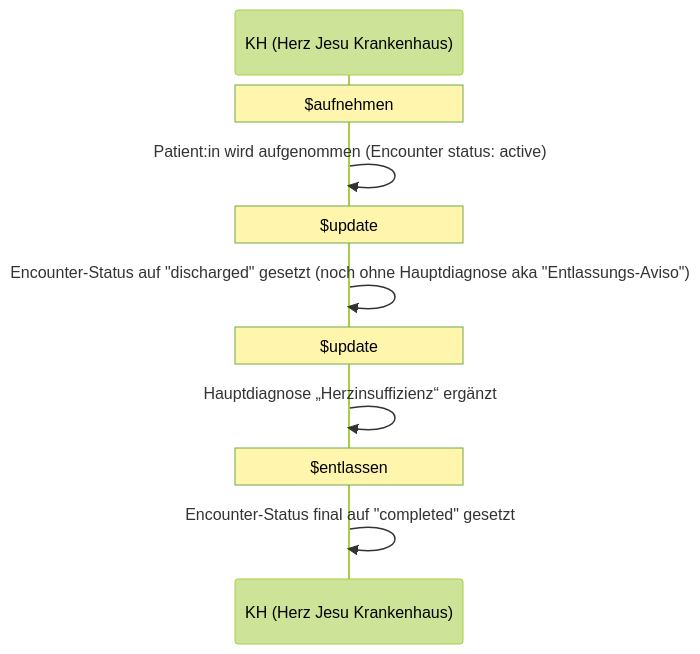
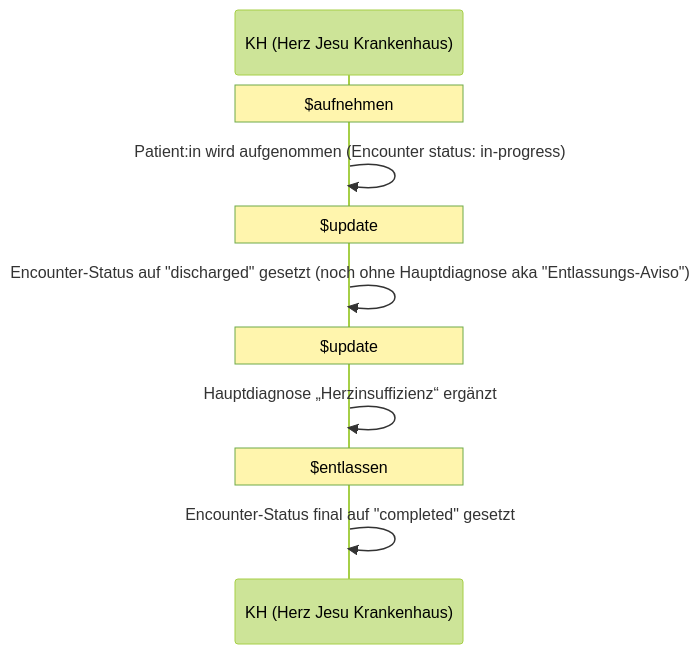
Before and after one commit to HL7Austria/ELGA-MOPED-R5: the eighth of 8 diagrams in input/pagecontent/workflowmanagement.md, drawn with Mermaid (forest theme). The commit also changed other lines of this file, not shown here.

```diff
--- a/input/pagecontent/workflowmanagement.md
+++ b/input/pagecontent/workflowmanagement.md
@@ -205,16 +205,16 @@
 <pre class="mermaid">
 sequenceDiagram
     participant KH as KH (Herz Jesu Krankenhaus)
 
     Note over KH: $aufnehmen
-    KH->>KH: Patient:in wird aufgenommen (Encounter status: active)
+    KH->>KH: Patient:in wird aufgenommen (Encounter status: in-progress)
 
     Note over KH: $update
     KH->>KH: Encounter-Status auf "discharged" gesetzt (noch ohne Hauptdiagnose aka "Entlassungs-Aviso")
 
     Note over KH: $update
     KH->>KH: Hauptdiagnose „Herzinsuffizienz“ ergänzt
 
     Note over KH: $entlassen
     KH->>KH: Encounter-Status final auf "completed" gesetzt
 </pre>
```
